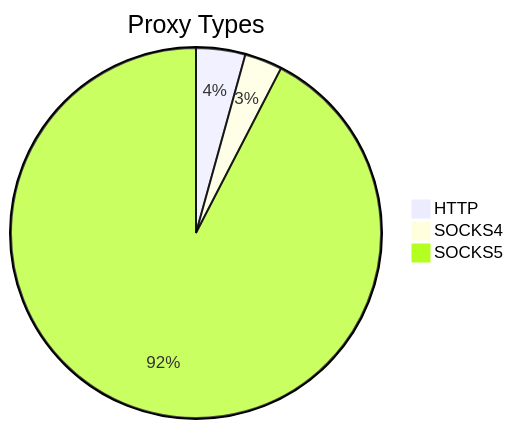
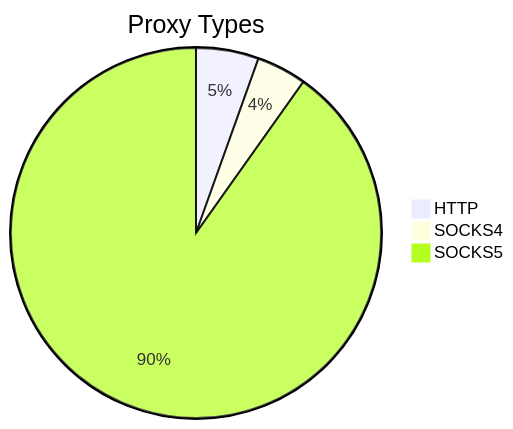
One commit to stormsia/proxy-list changed the first of 2 diagrams in README.md. Above: the diagram before and after it, drawn with Mermaid. The commit also changed other lines of this file, not shown here.

````diff
--- a/README.md
+++ b/README.md
@@ -21,6 +21,6 @@
 ```mermaid
 pie title Proxy Types
-    "HTTP" : 81
-    "SOCKS4" : 62
-    "SOCKS5" : 1742
+    "HTTP" : 89
+    "SOCKS4" : 71
+    "SOCKS5" : 1468
 ```
````
